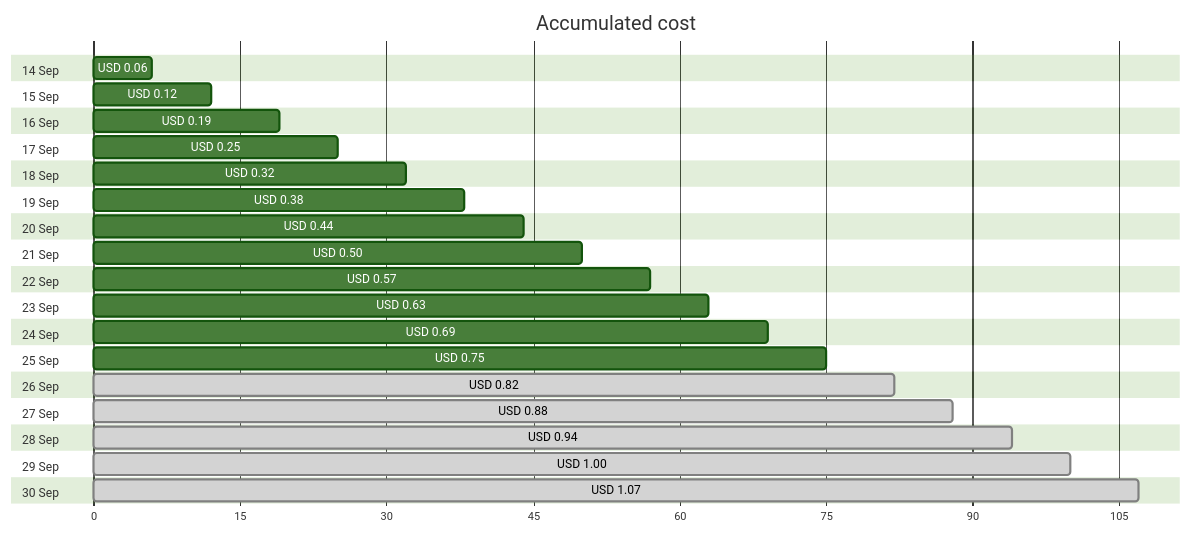
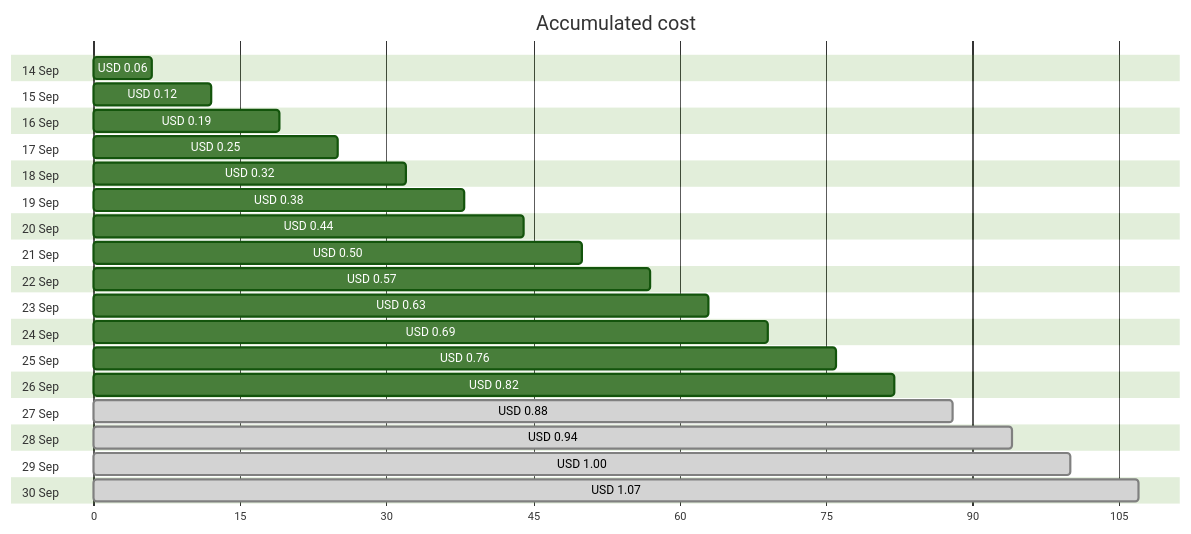
The first of 4 diagrams in cost-reports/personal-network/backup-server_OsDisk.md (jpfulton/azure-personal-reports), drawn with Mermaid (forest theme) before and after one commit. The commit also changed other lines of this file and 9 other files, not shown here.

````diff
--- a/cost-reports/personal-network/backup-server_OsDisk.md
+++ b/cost-reports/personal-network/backup-server_OsDisk.md
@@ -20,40 +20,40 @@
 ```mermaid
 gantt
    title Accumulated cost
    dateFormat  X
    axisFormat %s
    section 14 Sep
    USD 0.06 :0, 6
    section 15 Sep
    USD 0.12 :0, 12
    section 16 Sep
    USD 0.19 :0, 19
    section 17 Sep
    USD 0.25 :0, 25
    section 18 Sep
    USD 0.32 :0, 32
    section 19 Sep
    USD 0.38 :0, 38
    section 20 Sep
    USD 0.44 :0, 44
    section 21 Sep
    USD 0.50 :0, 50
    section 22 Sep
    USD 0.57 :0, 57
    section 23 Sep
    USD 0.63 :0, 63
    section 24 Sep
    USD 0.69 :0, 69
    section 25 Sep
-   USD 0.75 :0, 75
+   USD 0.76 :0, 76
    section 26 Sep
-   USD 0.82 : done, 0, 82
+   USD 0.82 :0, 82
    section 27 Sep
    USD 0.88 : done, 0, 88
    section 28 Sep
    USD 0.94 : done, 0, 94
    section 29 Sep
    USD 1.00 : done, 0, 100
    section 30 Sep
    USD 1.07 : done, 0, 107
 ```
````
